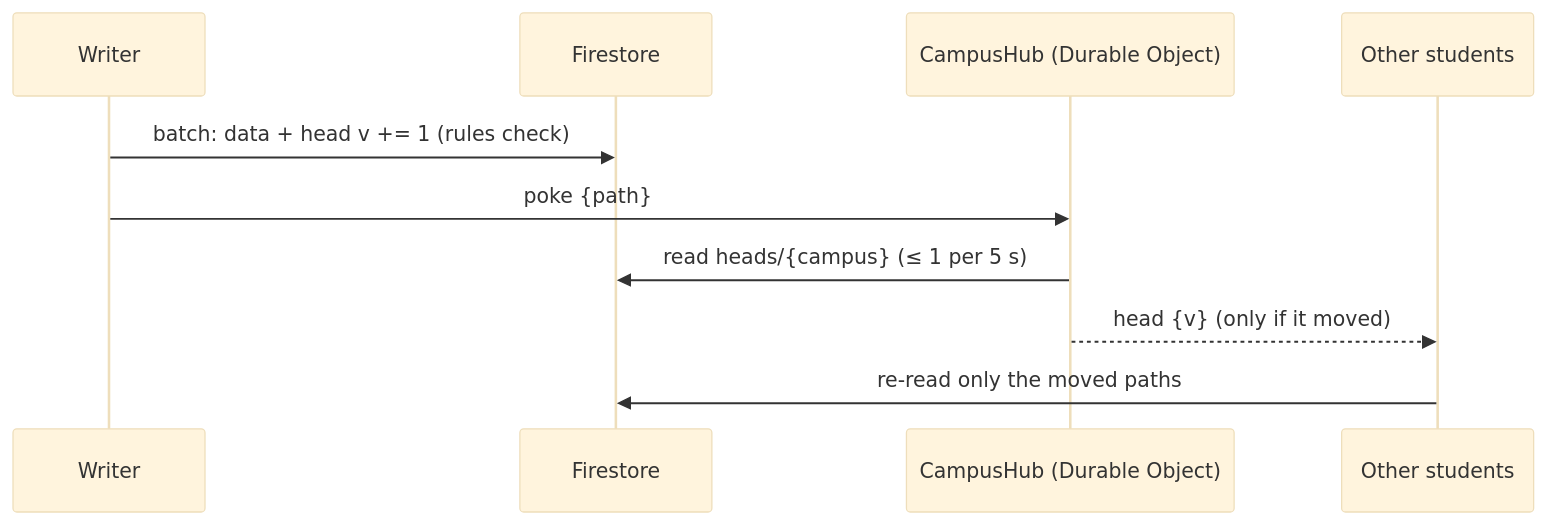
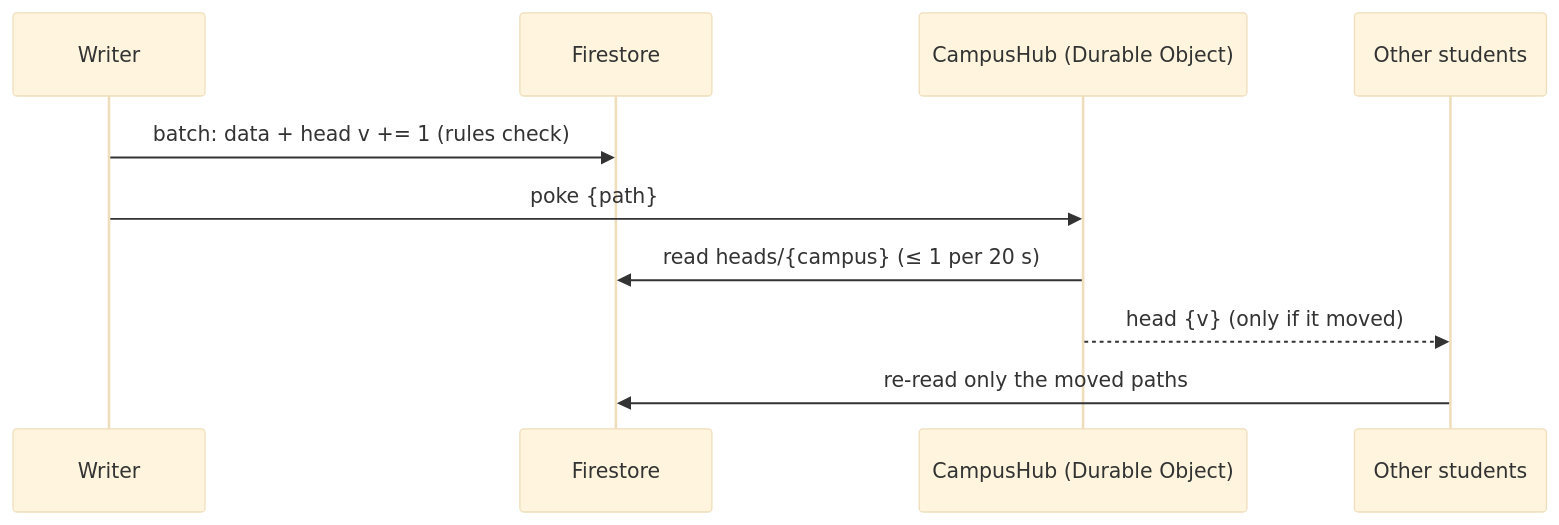
Before and after one commit to e-iotapi/CGPA_Calculator: diagram 12 of 12 in docs/ARCHITECTURE.md, drawn with Mermaid (base theme). The commit also changed other lines of this file and 2 other files, not shown here.

First line of the commit message:
Docs: diagrams and loading design after the final review (worker, live sync, no spinners, cost limits, marker rules)

````diff
--- a/docs/ARCHITECTURE.md
+++ b/docs/ARCHITECTURE.md
@@ -535,12 +562,12 @@
 ```mermaid
 sequenceDiagram
   participant W as Writer
   participant F as Firestore
   participant H as CampusHub (Durable Object)
   participant S as Other students
   W->>F: batch: data + head v += 1 (rules check)
   W->>H: poke {path}
-  H->>F: read heads/{campus} (≤ 1 per 5 s)
+  H->>F: read heads/{campus} (≤ 1 per 20 s)
   H-->>S: head {v} (only if it moved)
   S->>F: re-read only the moved paths
 ```
````
